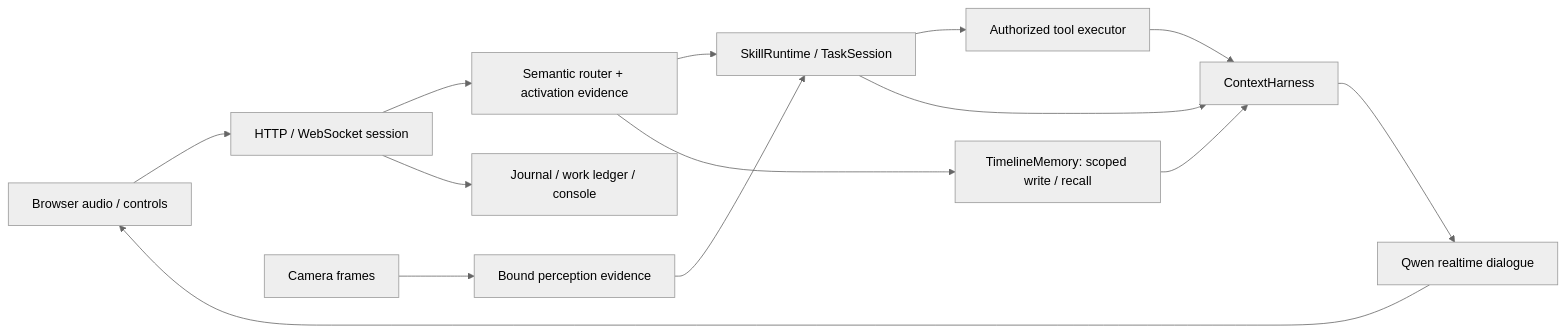
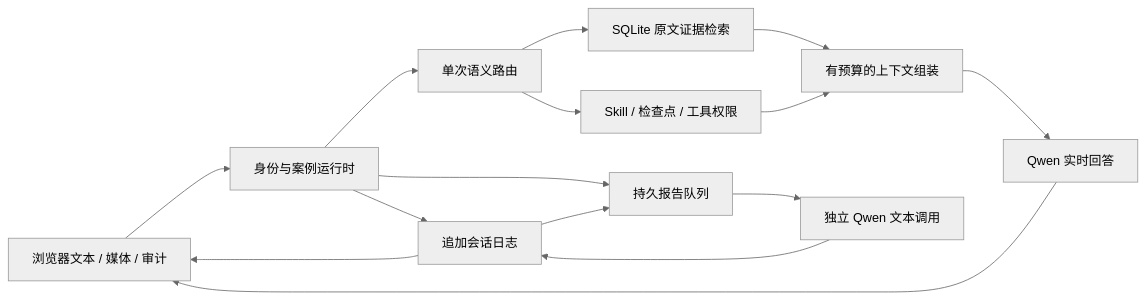
One commit to bhc6/EgoAssist changed the diagram in README.md. Above: the diagram before and after it, drawn with Mermaid (neutral theme). The commit also changed other lines of this file and 23 other files, not shown here.

Commit message:
fix: correlate realtime turns and recover asynchronous work

````diff
--- a/README.md
+++ b/README.md
@@ -23,16 +55,17 @@
 ```mermaid
 flowchart LR
-    UI[Browser audio / controls] --> Server[HTTP / WebSocket session]
-    Server --> Router[Semantic router + activation evidence]
-    Router --> Runtime[SkillRuntime / TaskSession]
-    Router --> Memory[TimelineMemory: scoped write / recall]
-    Runtime --> Tools[Authorized tool executor]
-    Runtime --> Harness[ContextHarness]
-    Memory --> Harness
-    Tools --> Harness
-    Harness --> Qwen[Qwen realtime dialogue]
-    Qwen --> UI
-    Camera[Camera frames] --> Perception[Bound perception evidence]
-    Perception --> Runtime
-    Server --> Journal[Journal / work ledger / console]
+    Browser[浏览器文本 / 媒体 / 审计] --> Server[身份与案例运行时]
+    Server --> Journal[追加会话日志]
+    Server --> Router[单次语义路由]
+    Router --> Task[Skill / 检查点 / 工具权限]
+    Router --> Memory[SQLite 原文证据检索]
+    Memory --> Context[有预算的上下文组装]
+    Task --> Context
+    Context --> Realtime[Qwen 实时回答]
+    Realtime --> Browser
+    Server --> Jobs[持久报告队列]
+    Jobs --> Report[独立 Qwen 文本调用]
+    Journal --> Jobs
+    Report --> Journal
+    Journal --> Browser
 ```
````
